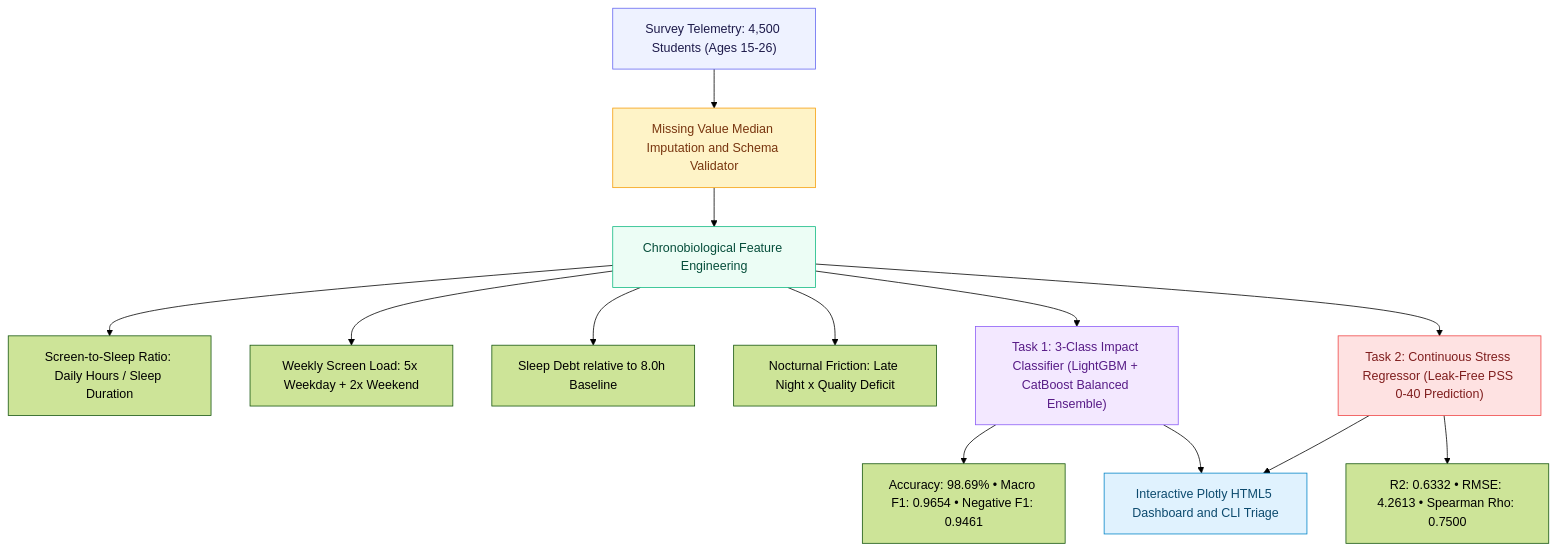
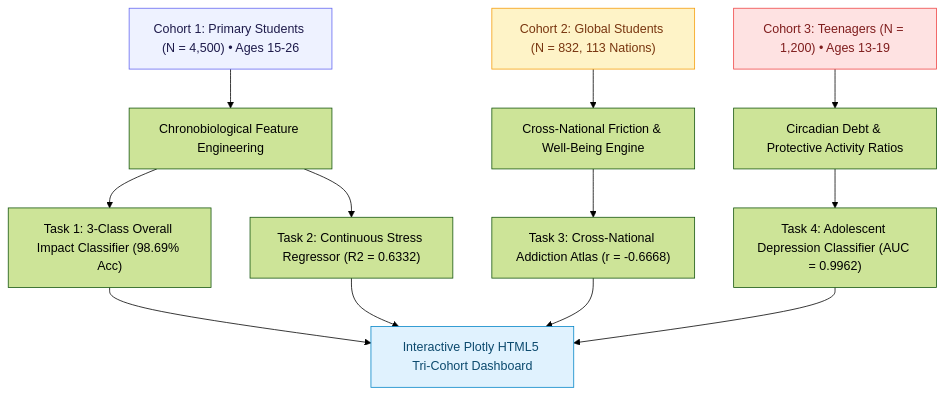
One commit to elm-as/ISML changed the diagram in README.md. Above: the diagram before and after it, drawn with Mermaid (forest theme). The commit also changed other lines of this file and 38 other files, not shown here.

Commit message:
feat(isml): expand to tri-cohort architecture across 6,532 subjects and 113 nations

````diff
--- a/README.md
+++ b/README.md
@@ -62,26 +61,21 @@
 ```mermaid
 flowchart TD
-    RAW["Survey Telemetry: 4,500 Students (Ages 15-26)"] --> PRE["Missing Value Median Imputation and Schema Validator"]
-    PRE --> FE["Chronobiological Feature Engineering"]
-    
-    FE --> RATIO["Screen-to-Sleep Ratio: Daily Hours / Sleep Duration"]
-    FE --> LOAD["Weekly Screen Load: 5x Weekday + 2x Weekend"]
-    FE --> DEBT["Sleep Debt relative to 8.0h Baseline"]
-    FE --> FRICTION["Nocturnal Friction: Late Night x Quality Deficit"]
-    
-    FE --> TASK1["Task 1: 3-Class Impact Classifier (LightGBM + CatBoost Balanced Ensemble)"]
-    FE --> TASK2["Task 2: Continuous Stress Regressor (Leak-Free PSS 0-40 Prediction)"]
-    
-    TASK1 --> METRICS1["Accuracy: 98.69% • Macro F1: 0.9654 • Negative F1: 0.9461"]
-    TASK2 --> METRICS2["R2: 0.6332 • RMSE: 4.2613 • Spearman Rho: 0.7500"]
-    
-    TASK1 --> DASH["Interactive Plotly HTML5 Dashboard and CLI Triage"]
-    TASK2 --> DASH
-    
-    style RAW fill:#EEF2FF,stroke:#6366F1,color:#1e1b4b
-    style PRE fill:#FEF3C7,stroke:#F59E0B,color:#78350f
-    style FE fill:#ECFDF5,stroke:#10B981,color:#064e3b
-    style TASK1 fill:#F3E8FF,stroke:#8B5CF6,color:#581c87
-    style TASK2 fill:#FEE2E2,stroke:#EF4444,color:#7f1d1d
+    C1["Cohort 1: Primary Students (N = 4,500) • Ages 15-26"] --> FE1["Chronobiological Feature Engineering"]
+    C2["Cohort 2: Global Students (N = 832, 113 Nations)"] --> FE2["Cross-National Friction & Well-Being Engine"]
+    C3["Cohort 3: Teenagers (N = 1,200) • Ages 13-19"] --> FE3["Circadian Debt & Protective Activity Ratios"]
+
+    FE1 --> T1["Task 1: 3-Class Overall Impact Classifier (98.69% Acc)"]
+    FE1 --> T2["Task 2: Continuous Stress Regressor (R2 = 0.6332)"]
+    FE2 --> T3["Task 3: Cross-National Addiction Atlas (r = -0.6668)"]
+    FE3 --> T4["Task 4: Adolescent Depression Classifier (AUC = 0.9962)"]
+
+    T1 --> DASH["Interactive Plotly HTML5 Tri-Cohort Dashboard"]
+    T2 --> DASH
+    T3 --> DASH
+    T4 --> DASH
+
+    style C1 fill:#EEF2FF,stroke:#6366F1,color:#1e1b4b
+    style C2 fill:#FEF3C7,stroke:#F59E0B,color:#78350f
+    style C3 fill:#FEE2E2,stroke:#EF4444,color:#7f1d1d
     style DASH fill:#E0F2FE,stroke:#0284C7,color:#0c4a6e
 ```
````
